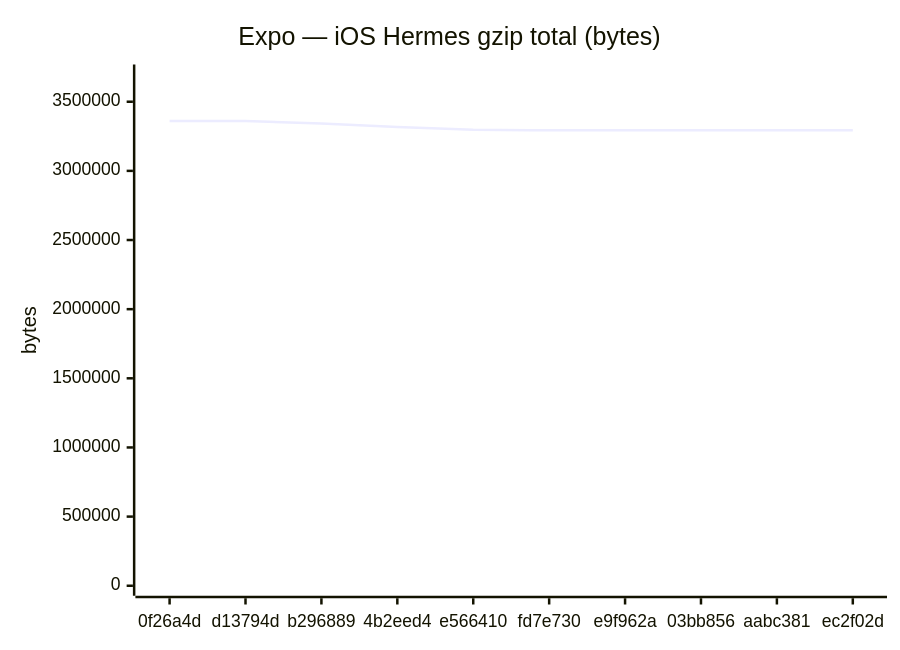
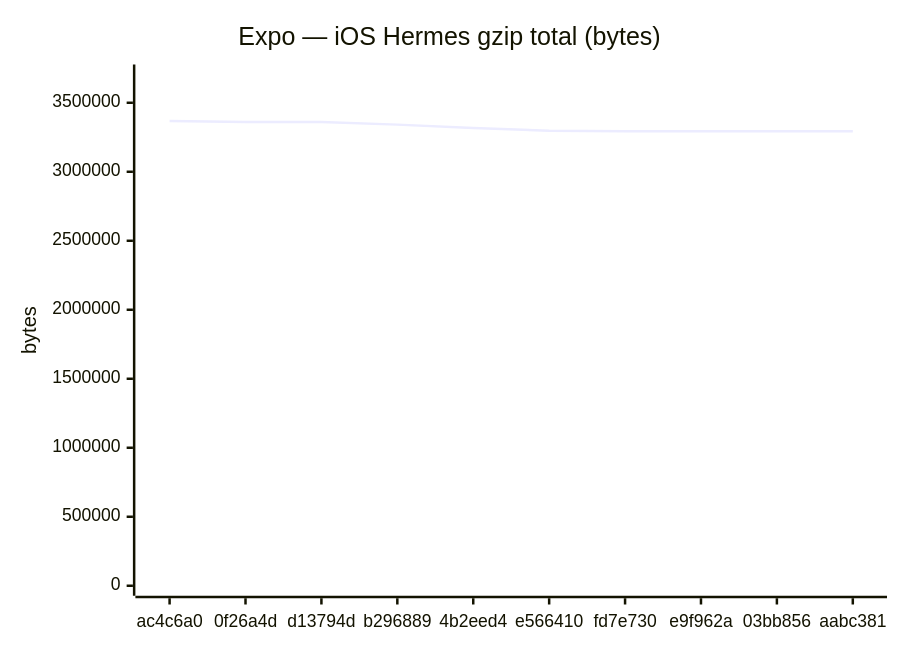
The sixth of 18 diagrams in benchmarks/compare.md (Metaheurist/Rianell), drawn with Mermaid before and after one commit. The commit also changed other lines of this file and 11 other files, not shown here.

````diff
--- a/benchmarks/compare.md
+++ b/benchmarks/compare.md
@@ -96,7 +96,7 @@
 ```mermaid
 xychart-beta
     title "Expo — iOS Hermes gzip total (bytes)"
-    x-axis ["0f26a4d", "d13794d", "b296889", "4b2eed4", "e566410", "fd7e730", "e9f962a", "03bb856", "aabc381", "ec2f02d"]
-    y-axis "bytes" 0 --> 3696854
-    line [3360774, 3360776, 3341646, 3316545, 3297734, 3293199, 3293198, 3293200, 3293409, 3293314]
+    x-axis ["ac4c6a0", "0f26a4d", "d13794d", "b296889", "4b2eed4", "e566410", "fd7e730", "e9f962a", "03bb856", "aabc381"]
+    y-axis "bytes" 0 --> 3704892
+    line [3368083, 3360774, 3360776, 3341646, 3316545, 3297734, 3293199, 3293198, 3293200, 3293409]
 ```
````
